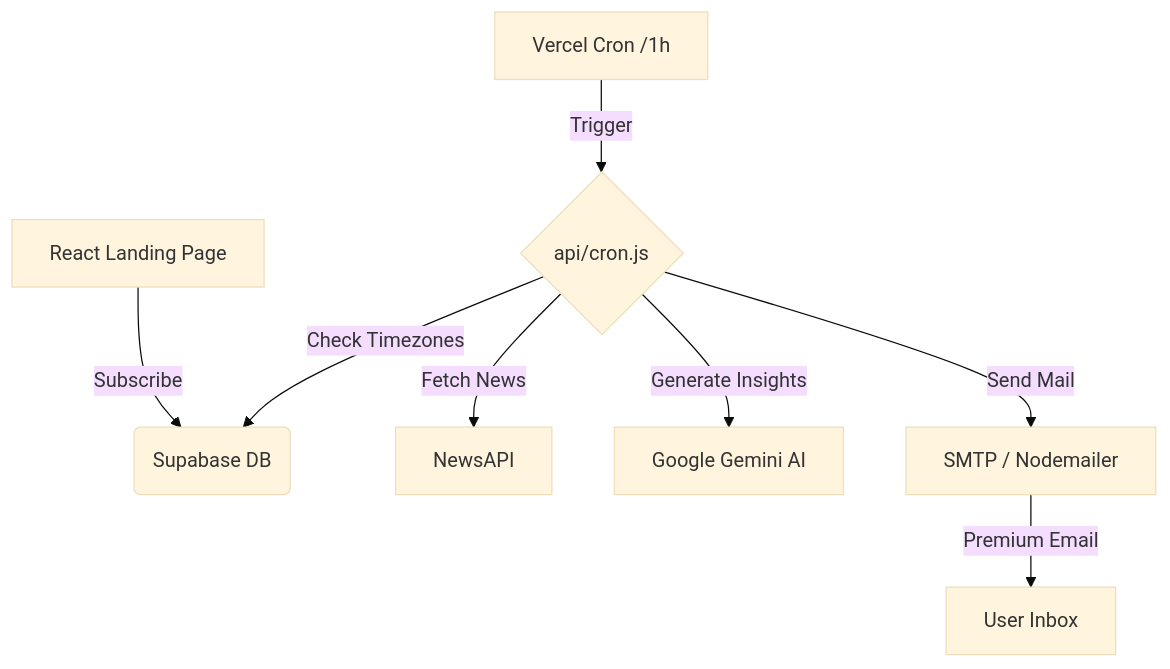
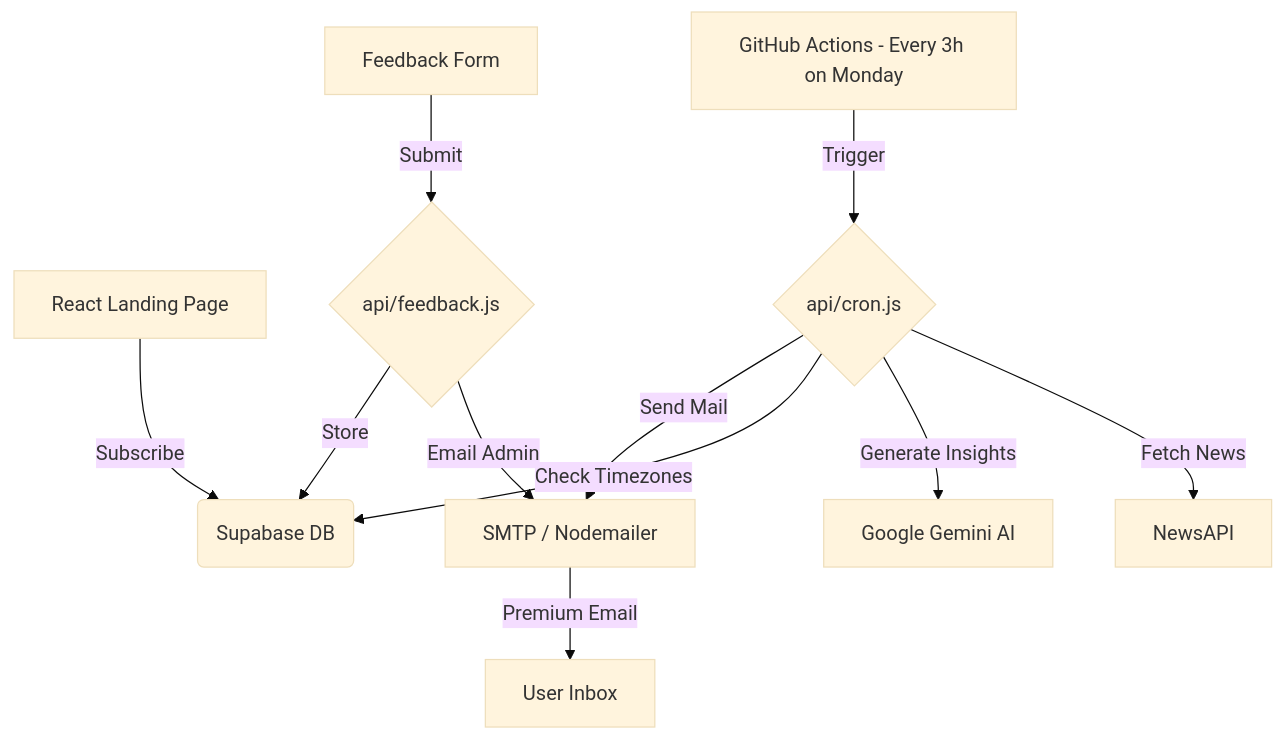
One commit to MuhammadUsmanGM/NewsLetter changed the diagram in README.md. Above: the diagram before and after it, drawn with Mermaid (base theme). The commit also changed other lines of this file, not shown here.

````diff
--- a/README.md
+++ b/README.md
@@ -32,10 +33,13 @@
 ```mermaid
 graph TD
     A[React Landing Page] -->|Subscribe| B(Supabase DB)
-    C[Vercel Cron /1h] -->|Trigger| D{api/cron.js}
+    C[GitHub Actions - Every 3h on Monday] -->|Trigger| D{api/cron.js}
     D -->|Fetch News| E[NewsAPI]
     D -->|Generate Insights| F[Google Gemini AI]
     D -->|Check Timezones| B
     D -->|Send Mail| G[SMTP / Nodemailer]
     G -->|Premium Email| H[User Inbox]
+    I[Feedback Form] -->|Submit| J{api/feedback.js}
+    J -->|Email Admin| G
+    J -->|Store| B
 ```
````
